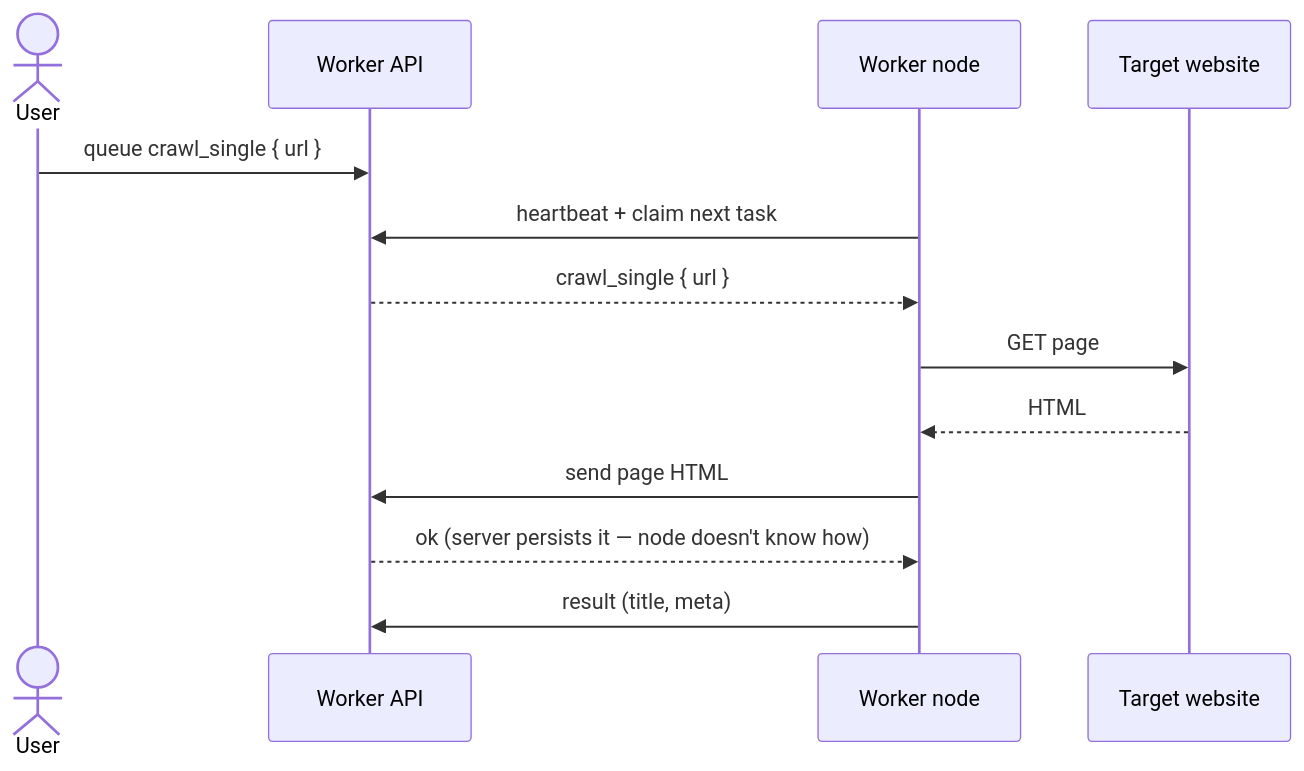
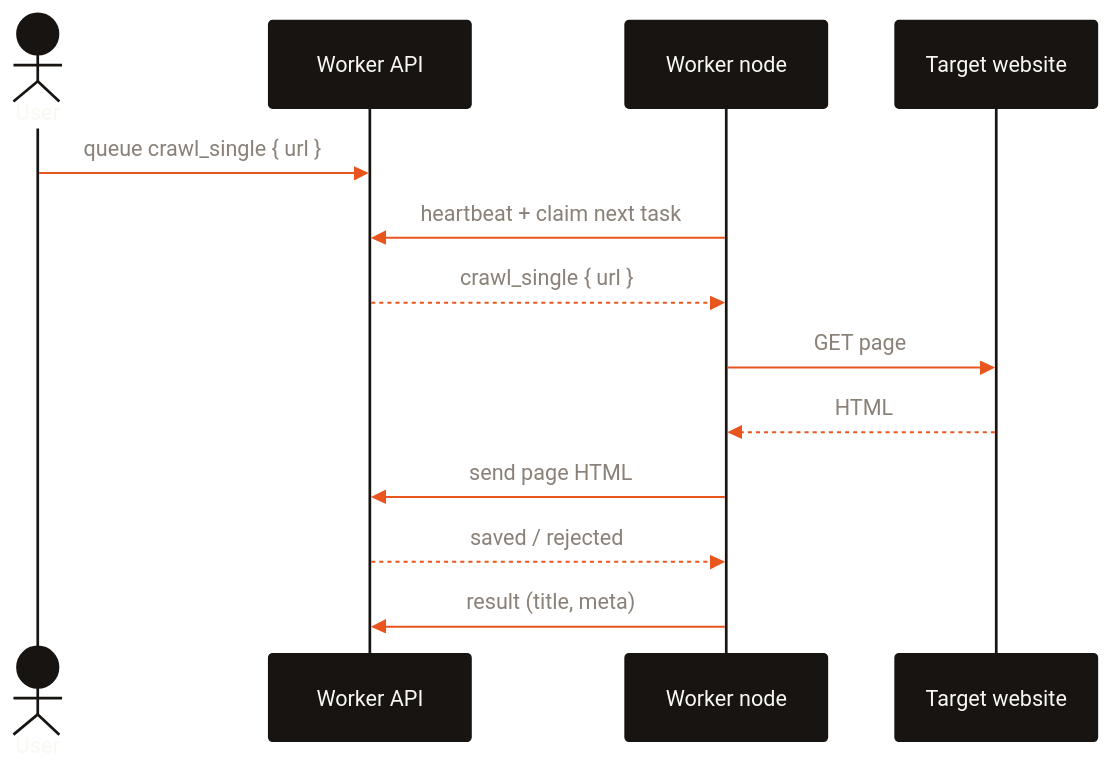
The second of 2 diagrams in README.md (pamfilico/crawlfast-external-worker), drawn with Mermaid before and after one commit. The commit also changed other lines of this file and 5 other files, not shown here.

````diff
--- a/README.md
+++ b/README.md
@@ -112,16 +116,17 @@
 ```mermaid
+%%{init: {'theme':'base','themeVariables':{'primaryColor':'#F2EEE6','primaryTextColor':'#171411','primaryBorderColor':'#171411','lineColor':'#E8551E','actorBkg':'#171411','actorTextColor':'#FAF8F3','actorBorder':'#171411','signalColor':'#E8551E','signalTextColor':'#8A8178','labelBoxBkgColor':'#E8551E','labelBoxBorderColor':'#E8551E','labelTextColor':'#FAF8F3','loopTextColor':'#8A8178','noteBkgColor':'#F2EEE6','noteTextColor':'#171411','noteBorderColor':'#B4AA9C'}}}%%
 sequenceDiagram
     actor User
     participant API as Worker API
     participant W as Worker node
     participant Site as Target website
 
     User->>API: queue crawl_single { url }
     W->>API: heartbeat + claim next task
     API-->>W: crawl_single { url }
     W->>Site: GET page
     Site-->>W: HTML
     W->>API: send page HTML
-    API-->>W: ok (server persists it — node doesn't know how)
+    API-->>W: saved / rejected
     W->>API: result (title, meta)
 ```
````
